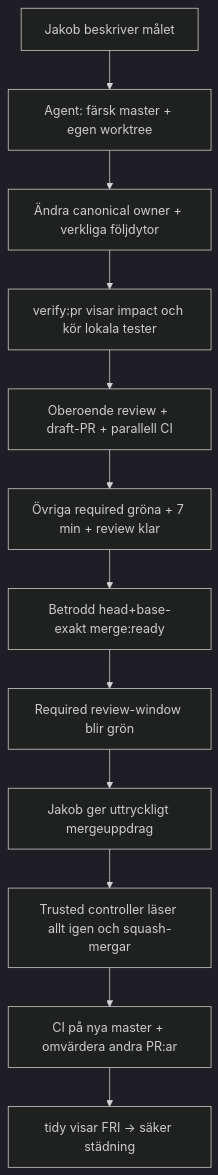
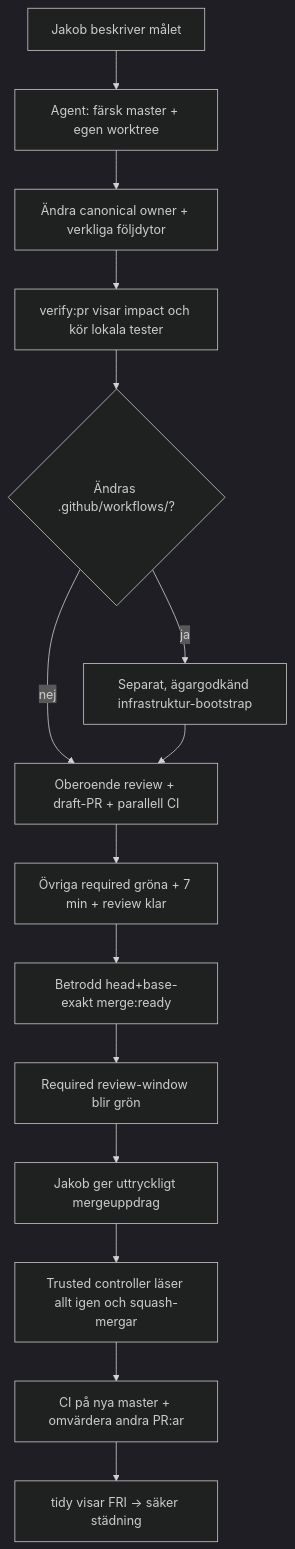
One commit to Jakeminator123/sajtmaskin changed the diagram in docs/runbooks/agent-workflow.md. Above: the diagram before and after it, drawn with Mermaid (dark theme). The commit also changed other lines of this file and 12 other files, not shown here.

````diff
--- a/docs/runbooks/agent-workflow.md
+++ b/docs/runbooks/agent-workflow.md
@@ -7,14 +7,17 @@
 ```mermaid
 flowchart TD
   U["Jakob beskriver målet"] --> A["Agent: färsk master + egen worktree"]
   A --> B["Ändra canonical owner + verkliga följdytor"]
   B --> C["verify:pr visar impact och kör lokala tester"]
-  C --> D["Oberoende review + draft-PR + parallell CI"]
+  C --> W{"Ändras .github/workflows/?"}
+  W -- "nej" --> D["Oberoende review + draft-PR + parallell CI"]
+  W -- "ja" --> X["Separat, ägargodkänd infrastruktur-bootstrap"]
+  X --> D
   D --> E["Övriga required gröna + 7 min + review klar"]
   E --> F["Betrodd head+base-exakt merge:ready"]
   F --> G["Required review-window blir grön"]
   G --> H["Jakob ger uttryckligt mergeuppdrag"]
   H --> I["Trusted controller läser allt igen och squash-mergar"]
   I --> K["CI på nya master + omvärdera andra PR:ar"]
   K --> J["tidy visar FRI → säker städning"]
 ```
````
